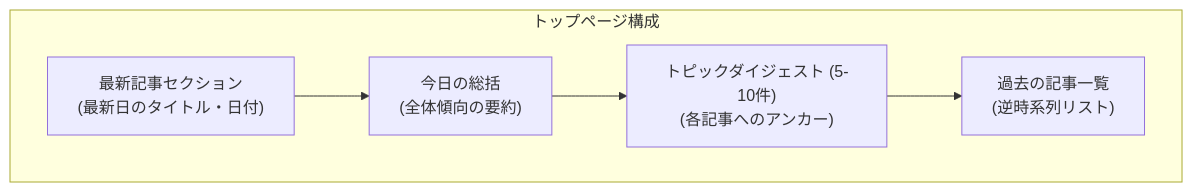
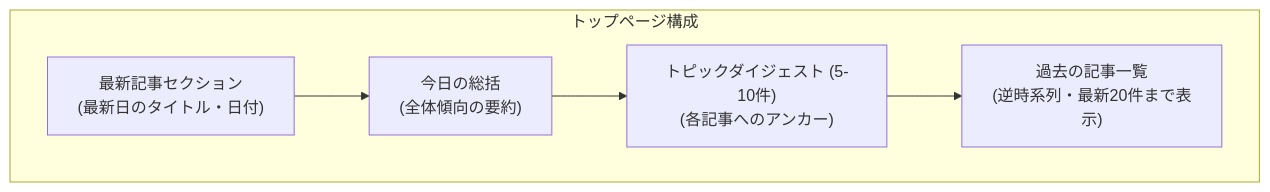
The third of 4 diagrams in UI.md (garyohosu/daily-ai-agent), drawn with Mermaid before and after one commit. The commit also changed other lines of this file and 3 other files, not shown here.

````diff
--- a/UI.md
+++ b/UI.md
@@ -63,13 +63,13 @@
 ```mermaid
 graph TD
     subgraph TopPage ["トップページ構成"]
         Hero["最新記事セクション<br/>(最新日のタイトル・日付)"]
         TodaySummary["今日の総括<br/>(全体傾向の要約)"]
         TopicList["トピックダイジェスト (5-10件)<br/>(各記事へのアンカー)"]
-        ArchiveList["過去の記事一覧<br/>(逆時系列リスト)"]
+        ArchiveList["過去の記事一覧<br/>(逆時系列・最新20件まで表示)"]
 
         Hero --> TodaySummary
         TodaySummary --> TopicList
         TopicList --> ArchiveList
     end
 ```
````
